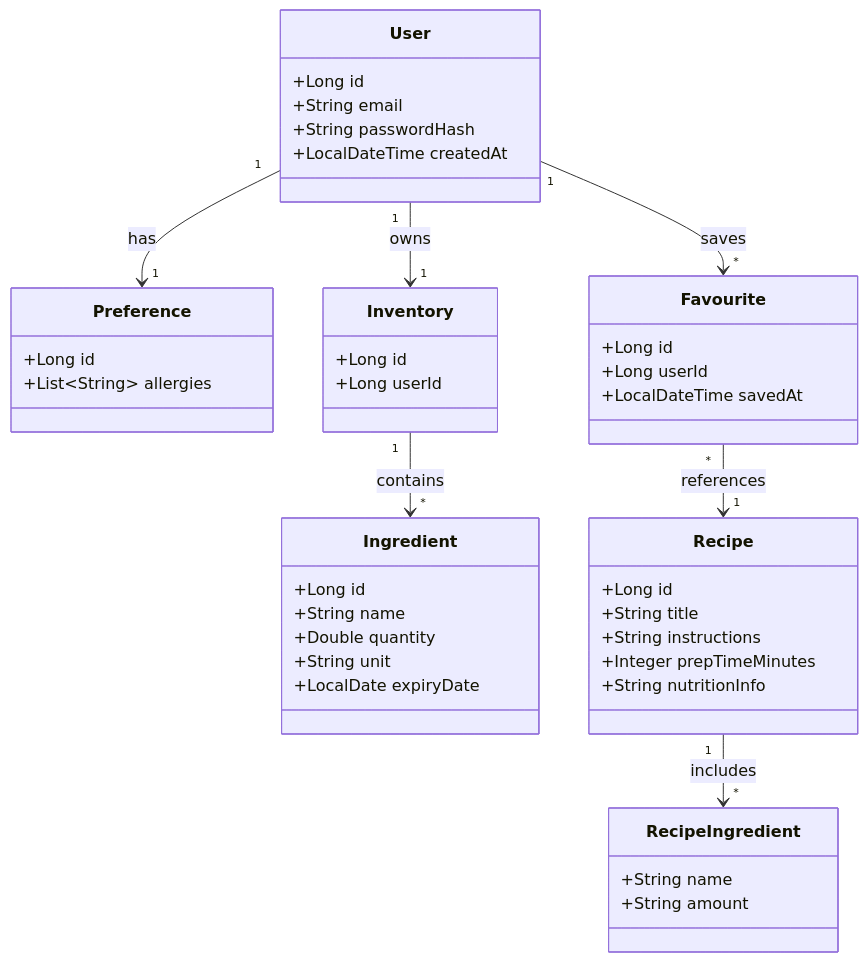
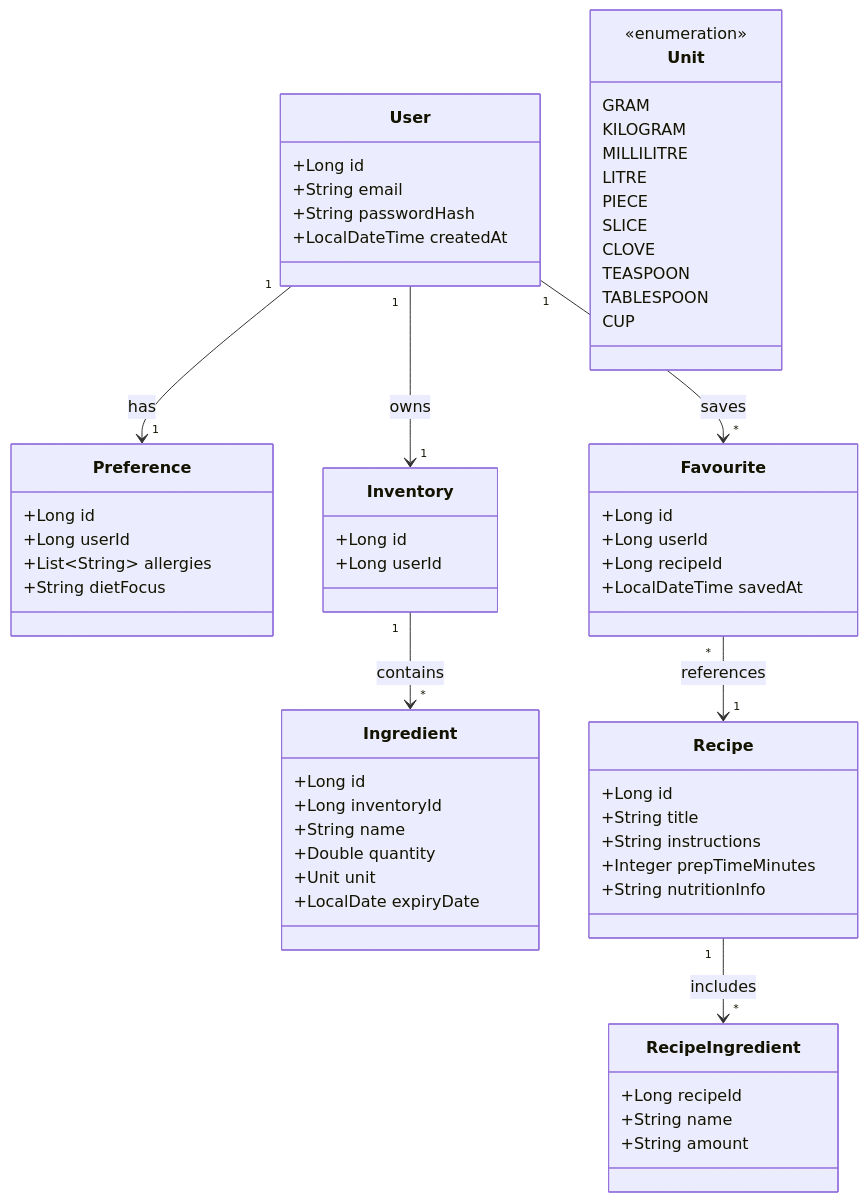
One commit to AET-DevOps26/team-efficiency-o-ubahn changed the first of 3 diagrams in system-structure.md. Above: the diagram before and after it, drawn with Mermaid. The commit also changed 1 other file, not shown here.

Commit message:
updating statement and structure

````diff
--- a/system-structure.md
+++ b/system-structure.md
@@ -34,47 +34,64 @@
 ```mermaid
 classDiagram
     class User {
         +Long id
         +String email
         +String passwordHash
         +LocalDateTime createdAt
     }
     class Preference {
         +Long id
+        +Long userId
         +List~String~ allergies
+        +String dietFocus
     }
     class Ingredient {
         +Long id
+        +Long inventoryId
         +String name
         +Double quantity
-        +String unit
+        +Unit unit
         +LocalDate expiryDate
     }
     class Inventory {
         +Long id
         +Long userId
     }
     class Recipe {
         +Long id
         +String title
         +String instructions
         +Integer prepTimeMinutes
         +String nutritionInfo
     }
     class RecipeIngredient {
+        +Long recipeId
         +String name
         +String amount
     }
     class Favourite {
         +Long id
         +Long userId
+        +Long recipeId
         +LocalDateTime savedAt
     }
-
+    class Unit {
+        <<enumeration>>
+        GRAM
+        KILOGRAM
+        MILLILITRE
+        LITRE
+        PIECE
+        SLICE
+        CLOVE
+        TEASPOON
+        TABLESPOON
+        CUP
+    }
     User "1" --> "1" Preference : has
     User "1" --> "1" Inventory : owns
     Inventory "1" --> "*" Ingredient : contains
     Recipe "1" --> "*" RecipeIngredient : includes
     User "1" --> "*" Favourite : saves
     Favourite "*" --> "1" Recipe : references
 ```
````
